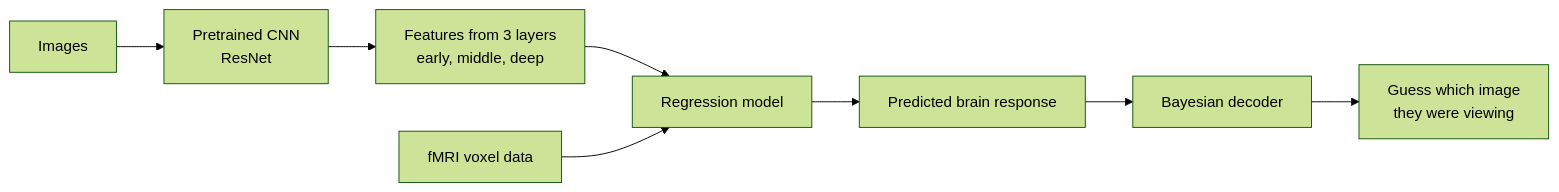
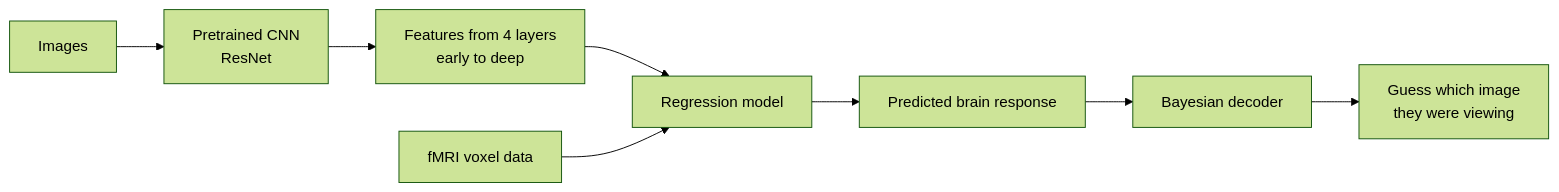
The diagram in README.md (sohnerika/mind-v-machine-fmri-decoding), drawn with Mermaid (forest theme) before and after one commit. The commit also changed other lines of this file, not shown here.

````diff
--- a/README.md
+++ b/README.md
@@ -26,10 +26,10 @@
 ```mermaid
 flowchart LR
     A[Images] --> B[Pretrained CNN<br/>ResNet]
-    B --> C[Features from 3 layers<br/>early, middle, deep]
+    B --> C[Features from 4 layers<br/>early to deep]
     C --> D[Regression model]
     E[fMRI voxel data] --> D
     D --> F[Predicted brain response]
     F --> G[Bayesian decoder]
     G --> H[Guess which image<br/>they were viewing]
 ```
````
